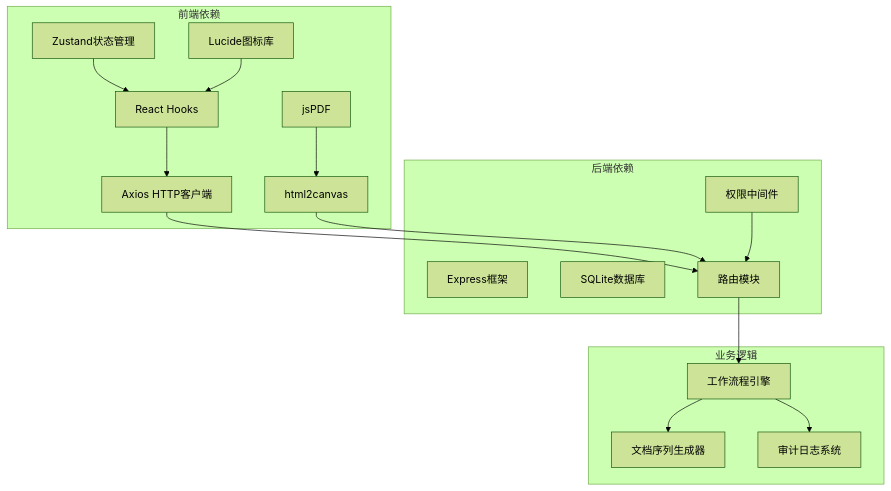
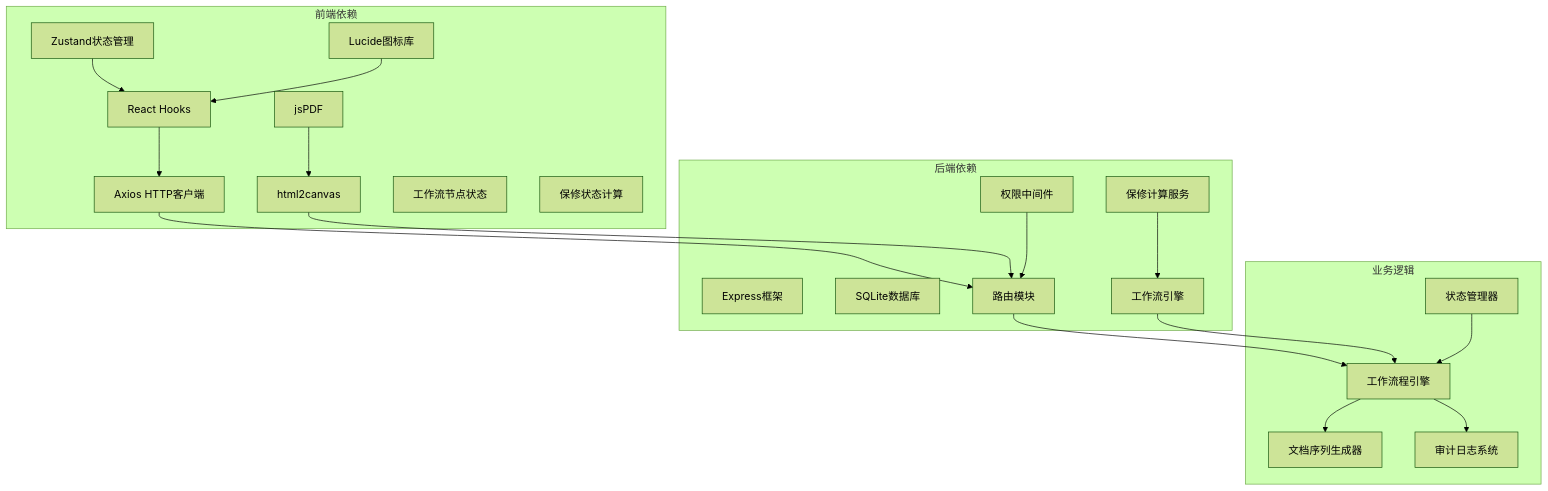
Before and after one commit to CubeEdge/Longhorn: the eighth of 8 diagrams in .qoder/repowiki/zh/content/前端组件架构/服务工作流增强/运营维修报告编辑器.md, drawn with Mermaid (forest theme). The commit also changed other lines of this file and 3 other files, not shown here.

````diff
--- a/.qoder/repowiki/zh/content/前端组件架构/服务工作流增强/运营维修报告编辑器.md
+++ b/.qoder/repowiki/zh/content/前端组件架构/服务工作流增强/运营维修报告编辑器.md
@@ -250,32 +341,40 @@
 ```mermaid
 graph TB
 subgraph "前端依赖"
 A[React Hooks]
 B[Axios HTTP客户端]
 C[Zustand状态管理]
 D[Lucide图标库]
 E[jsPDF]
 F[html2canvas]
+G[工作流节点状态]
+H[保修状态计算]
 end
 subgraph "后端依赖"
-G[Express框架]
-H[SQLite数据库]
-I[权限中间件]
-J[路由模块]
+I[Express框架]
+J[SQLite数据库]
+K[权限中间件]
+L[路由模块]
+M[工作流引擎]
+N[保修计算服务]
 end
 subgraph "业务逻辑"
-K[工作流程引擎]
-L[文档序列生成器]
-M[审计日志系统]
+O[工作流程引擎]
+P[文档序列生成器]
+Q[审计日志系统]
+R[状态管理器]
 end
 A --> B
-B --> J
+B --> L
 C --> A
 D --> A
 E --> F
-F --> J
-J --> K
+F --> L
+L --> O
+O --> P
+O --> Q
 K --> L
-K --> M
-I --> J
+M --> O
+N --> M
+R --> O
 ```
````
